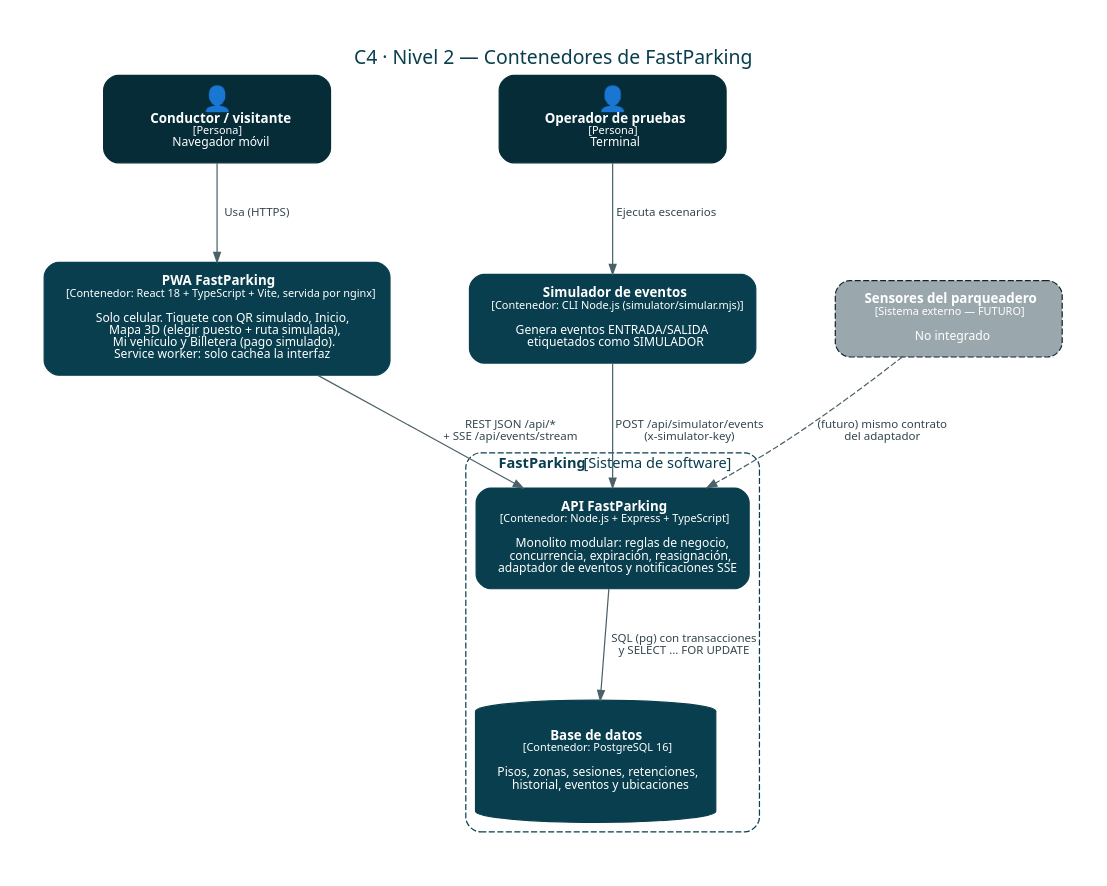
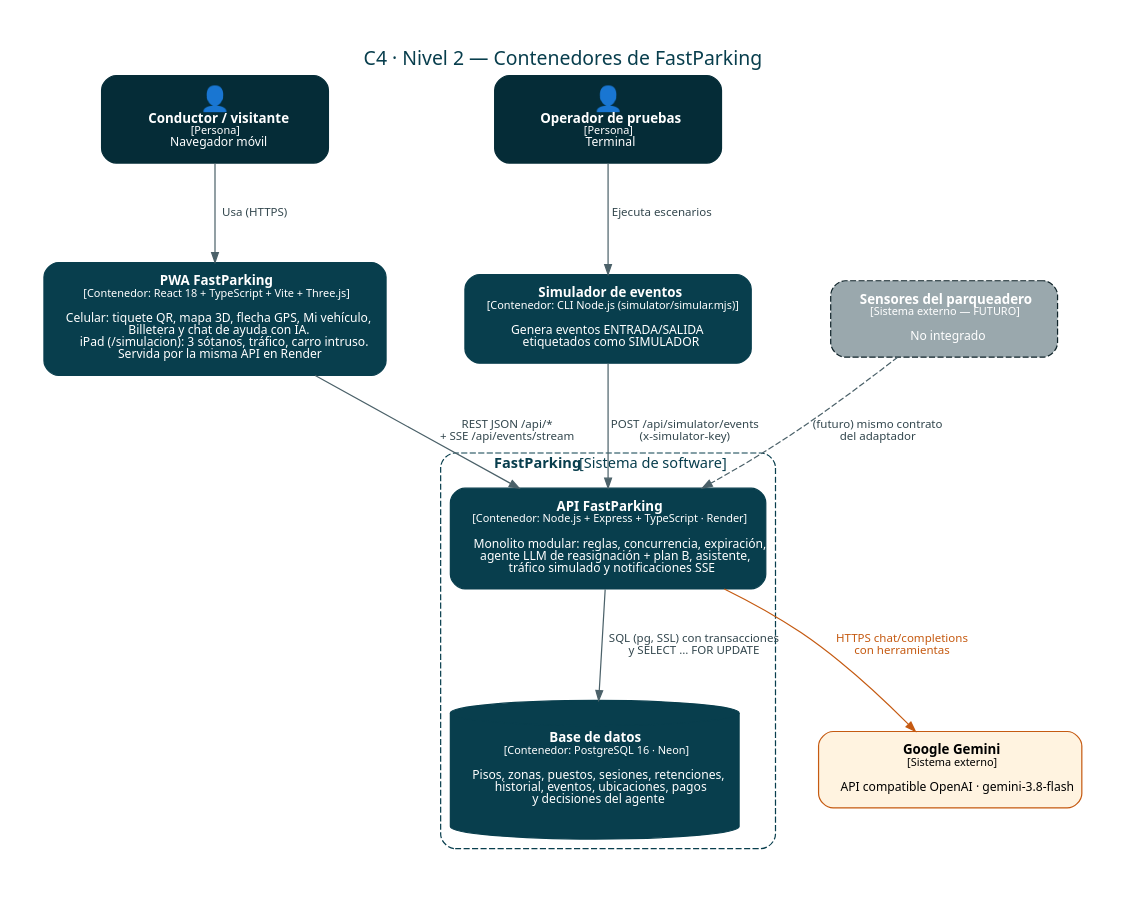
The diagram in docs/diagramas/fuentes/c4-nivel2-contenedores.dot (N4SL7/fastparking), drawn with Graphviz before and after one commit. The commit also changed 22 other files, not shown here.

First line of the commit message:
docs: documento técnico v2.0, plan de trabajo al 100 %, diagramas y guion de sustentación

```diff
--- a/docs/diagramas/fuentes/c4-nivel2-contenedores.dot
+++ b/docs/diagramas/fuentes/c4-nivel2-contenedores.dot
@@ -1,22 +1,24 @@
 digraph C4_2 { graph [fontname="Segoe UI,Arial,Helvetica,sans-serif", pad=0.4, nodesep=0.9, ranksep=1.0, bgcolor="white", labelloc=t, fontsize=16, fontcolor="#083E4D"];
 node [fontname="Segoe UI,Arial,Helvetica,sans-serif", fontsize=11, margin="0.25,0.15", width=2.6];
 edge [fontname="Segoe UI,Arial,Helvetica,sans-serif", fontsize=9.5, color="#4b6169", fontcolor="#33474e", arrowsize=0.8];
 graph [label="C4 · Nivel 2 — Contenedores de FastParking", compound=true];
 conductor [shape=box, style="rounded,filled", fillcolor="#052c37", color="#052c37", fontcolor="white", label=<<FONT POINT-SIZE="20">👤</FONT><BR/><B>Conductor / visitante</B><BR/><FONT POINT-SIZE="9">[Persona]</FONT><BR/><FONT POINT-SIZE="10">Navegador móvil</FONT>>];
 operador [shape=box, style="rounded,filled", fillcolor="#052c37", color="#052c37", fontcolor="white", label=<<FONT POINT-SIZE="20">👤</FONT><BR/><B>Operador de pruebas</B><BR/><FONT POINT-SIZE="9">[Persona]</FONT><BR/><FONT POINT-SIZE="10">Terminal</FONT>>];
 subgraph cluster_fp { label=<<B>FastParking</B> [Sistema de software]>; style="dashed,rounded"; color="#083E4D"; fontcolor="#083E4D"; fontsize=12;
-  pwa [shape=box, style="rounded,filled", fillcolor="#083E4D", color="#083E4D", label=<<B>PWA FastParking</B><BR/><FONT POINT-SIZE="9">[Contenedor: React 18 + TypeScript + Vite, servida por nginx]</FONT><BR/><BR/><FONT POINT-SIZE="10">Solo celular. Tiquete con QR simulado, Inicio,<BR/>Mapa 3D (elegir puesto + ruta simulada),<BR/>Mi vehículo y Billetera (pago simulado).<BR/>Service worker: solo cachea la interfaz</FONT>>, fontcolor="white"];
-  api [shape=box, style="rounded,filled", fillcolor="#083E4D", color="#083E4D", label=<<B>API FastParking</B><BR/><FONT POINT-SIZE="9">[Contenedor: Node.js + Express + TypeScript]</FONT><BR/><BR/><FONT POINT-SIZE="10">Monolito modular: reglas de negocio,<BR/>concurrencia, expiración, reasignación,<BR/>adaptador de eventos y notificaciones SSE</FONT>>, fontcolor="white"];
-  db [shape=cylinder, style="rounded,filled", fillcolor="#083E4D", color="#083E4D", label=<<B>Base de datos</B><BR/><FONT POINT-SIZE="9">[Contenedor: PostgreSQL 16]</FONT><BR/><BR/><FONT POINT-SIZE="10">Pisos, zonas, sesiones, retenciones,<BR/>historial, eventos y ubicaciones</FONT>>, fontcolor="white"];
+  pwa [shape=box, style="rounded,filled", fillcolor="#083E4D", color="#083E4D", label=<<B>PWA FastParking</B><BR/><FONT POINT-SIZE="9">[Contenedor: React 18 + TypeScript + Vite + Three.js]</FONT><BR/><BR/><FONT POINT-SIZE="10">Celular: tiquete QR, mapa 3D, flecha GPS, Mi vehículo,<BR/>Billetera y chat de ayuda con IA.<BR/>iPad (/simulacion): 3 sótanos, tráfico, carro intruso.<BR/>Servida por la misma API en Render</FONT>>, fontcolor="white"];
+  api [shape=box, style="rounded,filled", fillcolor="#083E4D", color="#083E4D", label=<<B>API FastParking</B><BR/><FONT POINT-SIZE="9">[Contenedor: Node.js + Express + TypeScript · Render]</FONT><BR/><BR/><FONT POINT-SIZE="10">Monolito modular: reglas, concurrencia, expiración,<BR/>agente LLM de reasignación + plan B, asistente,<BR/>tráfico simulado y notificaciones SSE</FONT>>, fontcolor="white"];
+  db [shape=cylinder, style="rounded,filled", fillcolor="#083E4D", color="#083E4D", label=<<B>Base de datos</B><BR/><FONT POINT-SIZE="9">[Contenedor: PostgreSQL 16 · Neon]</FONT><BR/><BR/><FONT POINT-SIZE="10">Pisos, zonas, puestos, sesiones, retenciones,<BR/>historial, eventos, ubicaciones, pagos<BR/>y decisiones del agente</FONT>>, fontcolor="white"];
   sim [shape=box, style="rounded,filled", fillcolor="#083E4D", color="#083E4D", label=<<B>Simulador de eventos</B><BR/><FONT POINT-SIZE="9">[Contenedor: CLI Node.js (simulator/simular.mjs)]</FONT><BR/><BR/><FONT POINT-SIZE="10">Genera eventos ENTRADA/SALIDA<BR/>etiquetados como SIMULADOR</FONT>>, fontcolor="white"];
 }
 sens [shape=box, style="rounded,filled,dashed", fillcolor="#9aa8ad", color="#10242a", label=<<B>Sensores del parqueadero</B><BR/><FONT POINT-SIZE="9">[Sistema externo — FUTURO]</FONT><BR/><BR/><FONT POINT-SIZE="10">No integrado</FONT>>, fontcolor="white"];
 conductor -> pwa [label="  Usa (HTTPS)"];
 operador -> sim [label="  Ejecuta escenarios"];
 pwa -> api [label="  REST JSON /api/*\n  + SSE /api/events/stream"];
 sim -> api [label="  POST /api/simulator/events\n  (x-simulator-key)"];
-api -> db [label="  SQL (pg) con transacciones\n  y SELECT … FOR UPDATE"];
+gem [shape=box, style="rounded,filled", fillcolor="#fff3e0", color="#c55a11", label=<<B>Google Gemini</B><BR/><FONT POINT-SIZE="9">[Sistema externo]</FONT><BR/><BR/><FONT POINT-SIZE="10">API compatible OpenAI · gemini-3.8-flash</FONT>>];
+api -> gem [color="#c55a11", fontcolor="#c55a11", label="  HTTPS chat/completions\n  con herramientas"];
+api -> db [label="  SQL (pg, SSL) con transacciones\n  y SELECT … FOR UPDATE"];
 sens -> api [style=dashed, label="  (futuro) mismo contrato\n  del adaptador"];
 {rank=same; conductor; operador}
 {rank=same; pwa; sim}
 }
```
